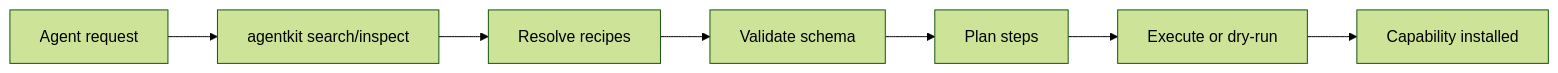
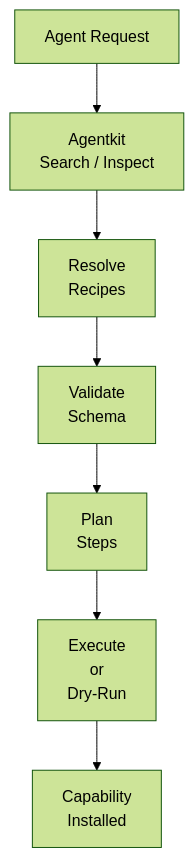
One commit to elclaudioabierto/docs changed the diagram in docs/overview.md. Above: the diagram before and after it, drawn with Mermaid (forest theme). The commit also changed 2 other files, not shown here.

````diff
--- a/docs/overview.md
+++ b/docs/overview.md
@@ -42,9 +42,28 @@
 ```mermaid
-flowchart LR
-  A[Agent request] --> B[agentkit search/inspect]
-  B --> C[Resolve recipes]
-  C --> D[Validate schema]
-  D --> E[Plan steps]
-  E --> F[Execute or dry-run]
-  F --> G[Capability installed]
+flowchart TD
+
+A["Agent Request"]
+--> B["Agentkit
+Search / Inspect"]
+
+B
+--> C["Resolve
+Recipes"]
+
+C
+--> D["Validate
+Schema"]
+
+D
+--> E["Plan
+Steps"]
+
+E
+--> F["Execute
+or
+Dry-Run"]
+
+F
+--> G["Capability
+Installed"]
 ```
````
